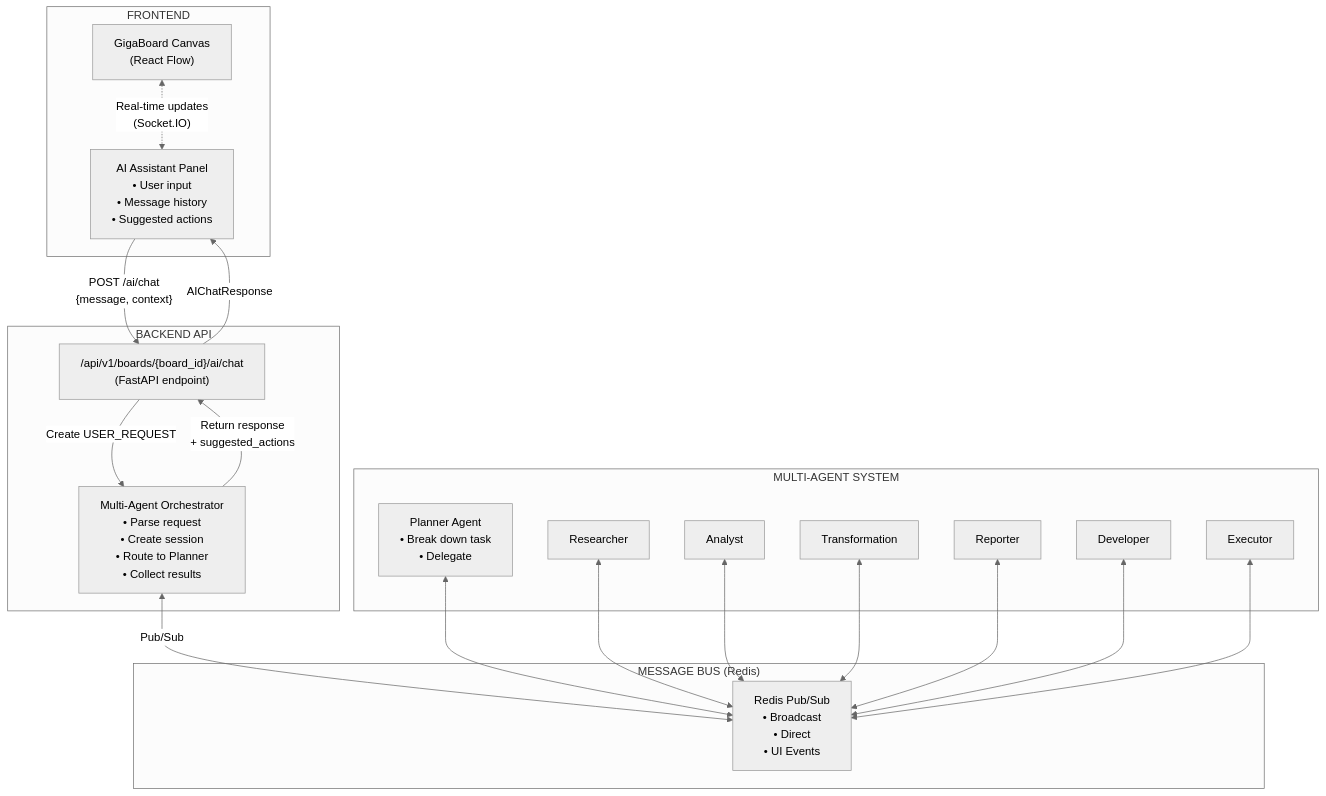
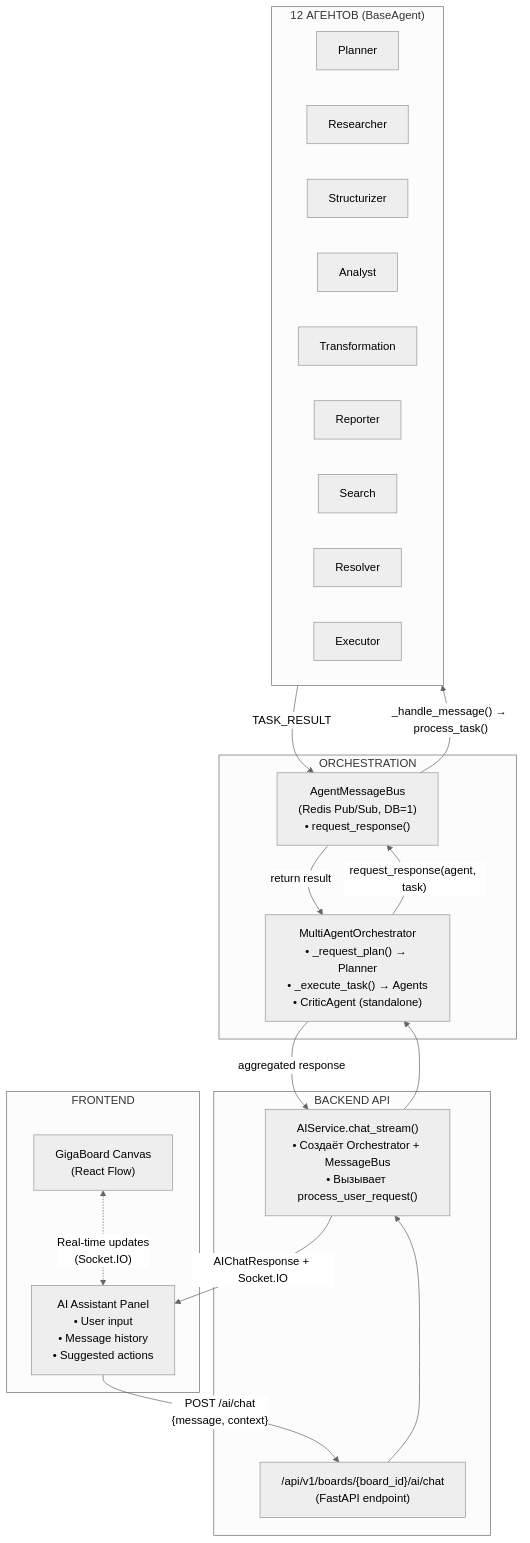
One commit to sgalex/gigaboard changed the diagram in docs/AI_ASSISTANT.md. Above: the diagram before and after it, drawn with Mermaid (neutral theme). The commit also changed other lines of this file and 292 other files, not shown here.

````diff
--- a/docs/AI_ASSISTANT.md
+++ b/docs/AI_ASSISTANT.md
@@ -20,40 +20,40 @@
 ```mermaid
 flowchart TB
   subgraph Frontend["FRONTEND"]
     Canvas["GigaBoard Canvas\n(React Flow)"]
     Panel["AI Assistant Panel\n• User input\n• Message history\n• Suggested actions"]
   end
   
   subgraph Backend["BACKEND API"]
     Route["/api/v1/boards/{board_id}/ai/chat\n(FastAPI endpoint)"]
-    ORCH["Multi-Agent Orchestrator\n• Parse request\n• Create session\n• Route to Planner\n• Collect results"]
+    AIServ["AIService.chat_stream()\n• Создаёт Orchestrator + MessageBus\n• Вызывает process_user_request()"]
   end
   
-  subgraph Agents["MULTI-AGENT SYSTEM"]
-    Planner["Planner Agent\n• Break down task\n• Delegate"]
+  subgraph Orchestration["ORCHESTRATION"]
+    ORCH["MultiAgentOrchestrator\n• _request_plan() → Planner\n• _execute_task() → Agents\n• CriticAgent (standalone)"]
+    MB["AgentMessageBus\n(Redis Pub/Sub, DB=1)\n• request_response()"]
+  end
+  
+  subgraph Agents["12 АГЕНТОВ (BaseAgent)"]
+    Planner["Planner"]
     Researcher["Researcher"]
+    Structurizer["Structurizer"]
     Analyst["Analyst"]
     Transform["Transformation"]
     Reporter["Reporter"]
-    Developer["Developer"]
+    Search["Search"]
+    Resolver["Resolver"]
     Executor["Executor"]
   end
   
-  subgraph MessageBus["MESSAGE BUS (Redis)"]
-    MB["Redis Pub/Sub\n• Broadcast\n• Direct\n• UI Events"]
-  end
-  
   Panel -->|"POST /ai/chat\n{message, context}"| Route
-  Route -->|"Create USER_REQUEST"| ORCH
-  ORCH <-->|"Pub/Sub"| MB
-  Planner <--> MB
-  Researcher <--> MB
-  Analyst <--> MB
-  Transform <--> MB
-  Reporter <--> MB
-  Developer <--> MB
-  Executor <--> MB
-  ORCH -->|"Return response\n+ suggested_actions"| Route
-  Route -->|"AIChatResponse"| Panel
+  Route --> AIServ
+  AIServ --> ORCH
+  ORCH -->|"request_response(agent, task)"| MB
+  MB -->|"_handle_message() → process_task()"| Agents
+  Agents -->|"TASK_RESULT"| MB
+  MB -->|"return result"| ORCH
+  ORCH -->|"aggregated response"| AIServ
+  AIServ -->|"AIChatResponse + Socket.IO"| Panel
   Canvas <-."Real-time updates\n(Socket.IO)".-> Panel
 ```
````
